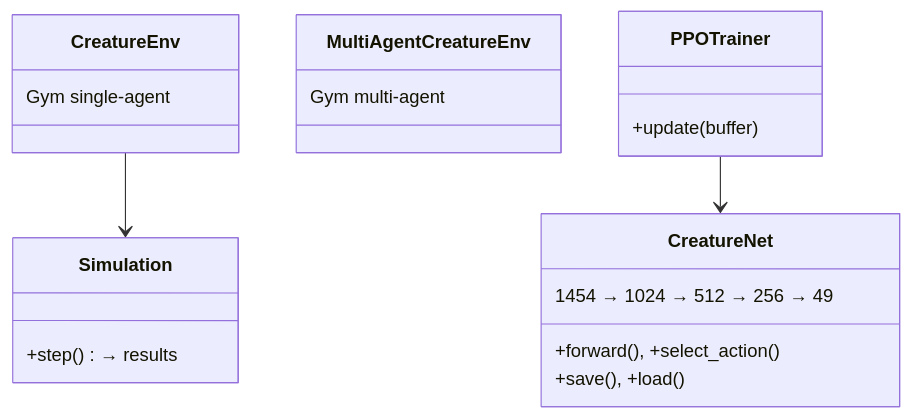
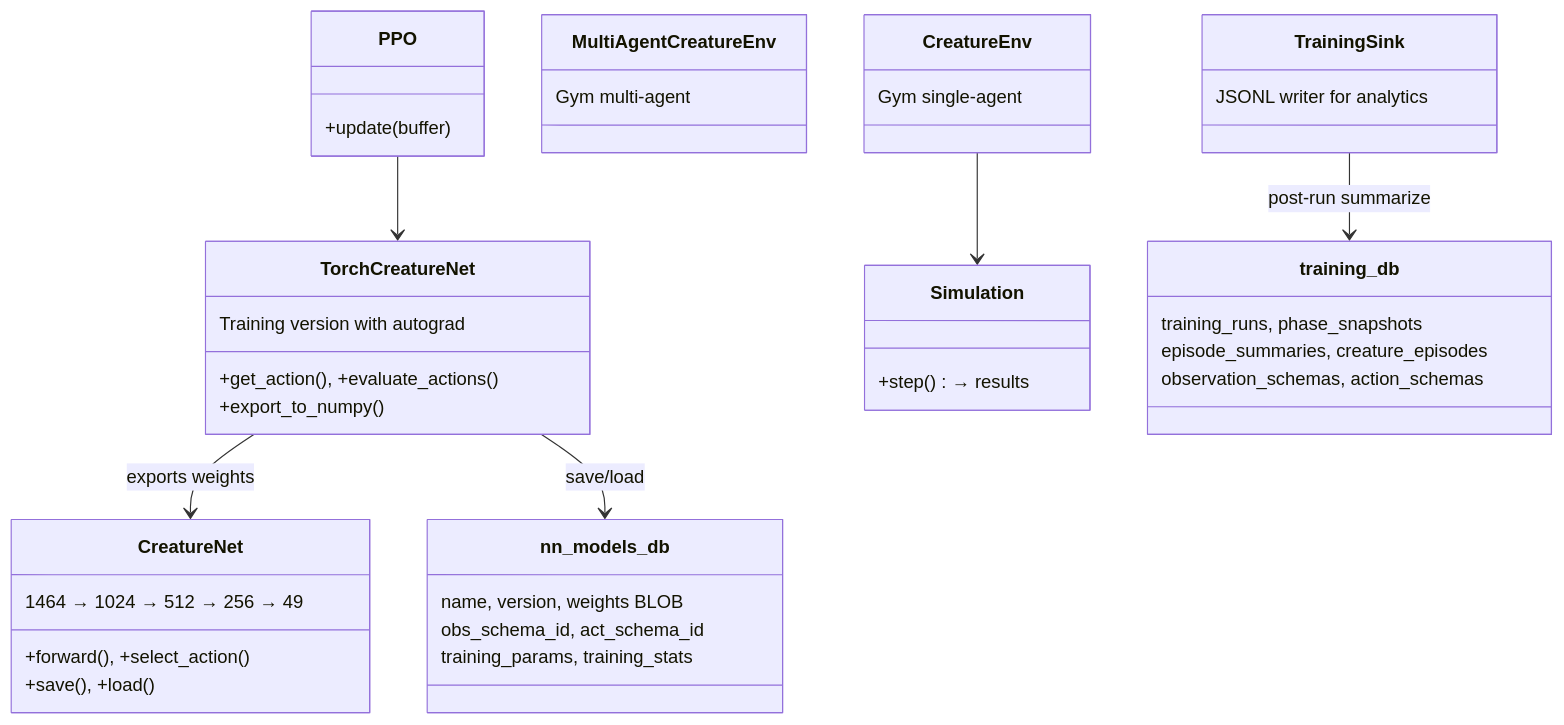
One commit to JOL11235813213455/game changed the third of 3 diagrams in docs/ERDs/class_hierarchy.md. Above: the diagram before and after it, drawn with Mermaid. The commit also changed other lines of this file and 2 other files, not shown here.

Commit message:
Rewrite model resume to use named section remapping instead of positional padding
_load_state_into_net() now accepts obs/action schema IDs and remaps
weights by section name (observations) and action name (actions) when
schemas are available. Sections that moved or were reordered are correctly
realigned; new sections get zero weights; removed sections are dropped.
Falls back to positional padding for backward compatibility with models
saved before schema tracking.

Also threads obs_schema_id/act_schema_id through _save_model_to_db and
_load_model_from_db so schema provenance is stored with every model.

````diff
--- a/docs/ERDs/class_hierarchy.md
+++ b/docs/ERDs/class_hierarchy.md
@@ -101,14 +123,34 @@
 ```mermaid
 classDiagram
     class CreatureNet {
-        1454 → 1024 → 512 → 256 → 49
+        1464 → 1024 → 512 → 256 → 49
         +forward(), +select_action()
         +save(), +load()
+    }
+    class TorchCreatureNet {
+        Training version with autograd
+        +get_action(), +evaluate_actions()
+        +export_to_numpy()
     }
     class Simulation { +step() → results }
     class CreatureEnv { Gym single-agent }
     class MultiAgentCreatureEnv { Gym multi-agent }
-    class PPOTrainer { +update(buffer) }
-    PPOTrainer --> CreatureNet
+    class PPO { +update(buffer) }
+    class TrainingSink { JSONL writer for analytics }
+    PPO --> TorchCreatureNet
+    TorchCreatureNet --> CreatureNet : exports weights
     CreatureEnv --> Simulation
+
+    class nn_models_db {
+        name, version, weights BLOB
+        obs_schema_id, act_schema_id
+        training_params, training_stats
+    }
+    class training_db {
+        training_runs, phase_snapshots
+        episode_summaries, creature_episodes
+        observation_schemas, action_schemas
+    }
+    TrainingSink --> training_db : post-run summarize
+    TorchCreatureNet --> nn_models_db : save/load
 ```
````
